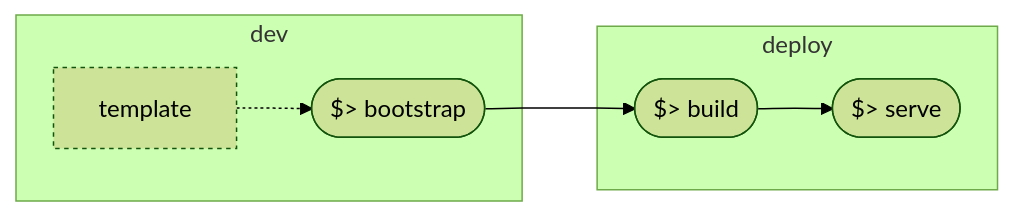
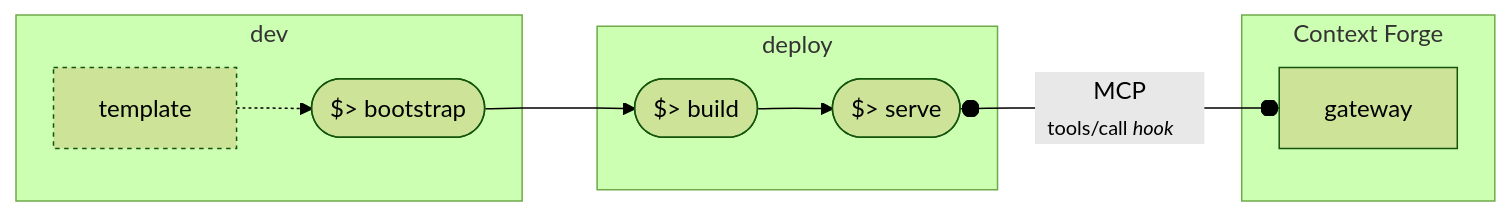
The diagram in docs/docs/using/plugins/lifecycle.md (IBM/mcp-context-forge), drawn with Mermaid (forest theme) before and after one commit. The commit also changed other lines of this file, not shown here.

````diff
--- a/docs/docs/using/plugins/lifecycle.md
+++ b/docs/docs/using/plugins/lifecycle.md
@@ -7,20 +9,25 @@
 ```mermaid
-flowchart LR
+graph LR
 
     A["template"]
     B(["$> bootstrap"])
     C(["$> build"])
     D(["$> serve"])
 
     subgraph dev
         A -.-> B
     end
 
     subgraph deploy
         C --> D
     end
 
     B --> C
 
+    subgraph CF["Context Forge"]
+        E["gateway"]
+        D o--"MCP<br>&nbsp;&nbsp;<small>tools/call <i>hook</i></small>&nbsp;&nbsp;&nbsp;&nbsp;&nbsp;"--o E
+    end
+
     style A stroke-dasharray: 3 3;
 ```
````
